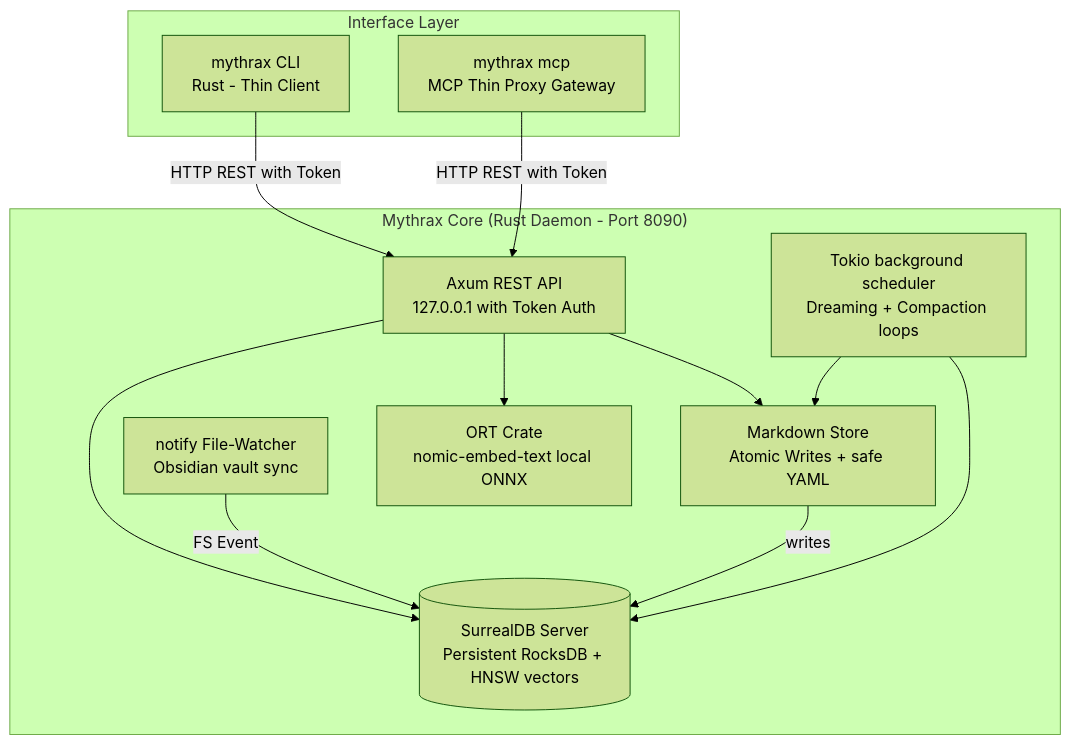
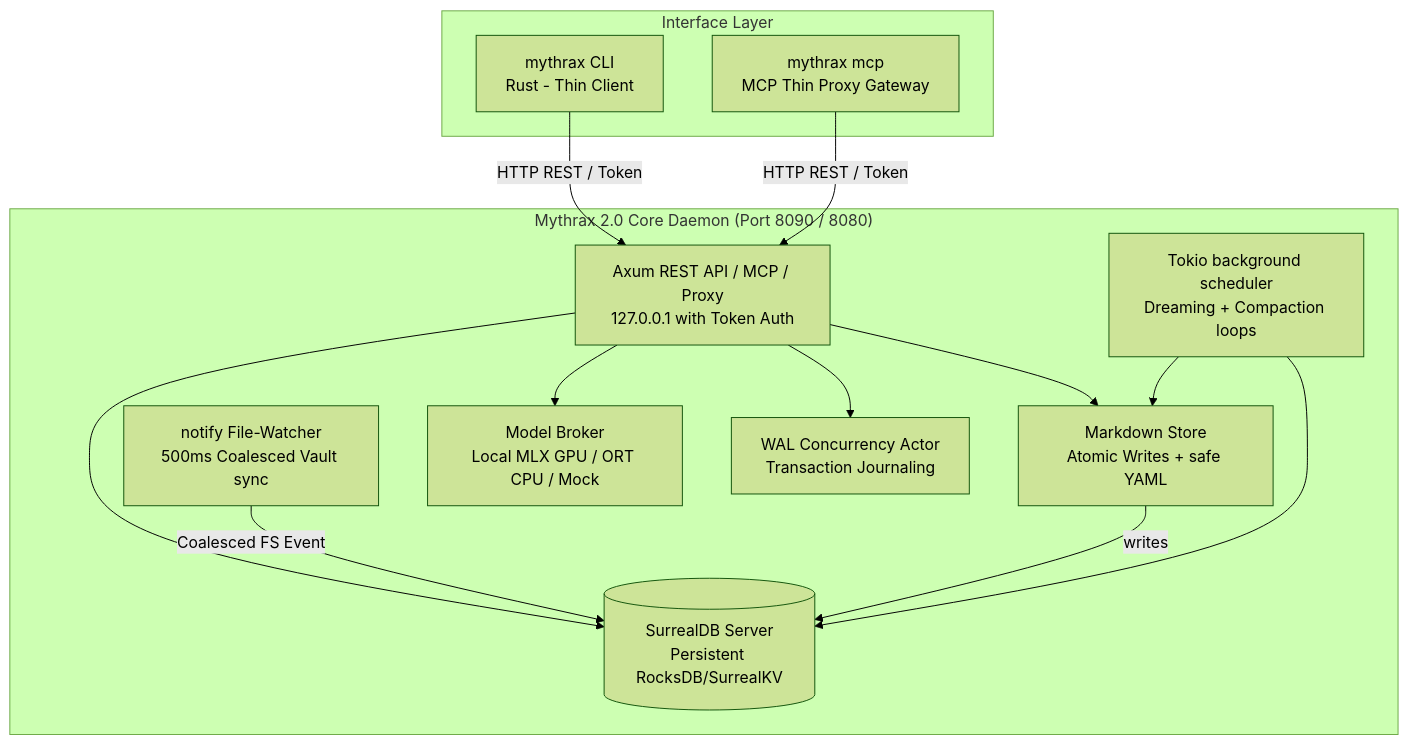
One commit to keith-mcclellan/mythrax changed the diagram in README.md. Above: the diagram before and after it, drawn with Mermaid (forest theme). The commit also changed other lines of this file and 2 other files, not shown here.

Commit message:
docs: Update README, ARCHITECTURE, and mythrax skill playbook for 2.0.0 release

````diff
--- a/README.md
+++ b/README.md
@@ -25,26 +26,28 @@
 ```mermaid
 graph TB
     subgraph "Interface Layer"
         CLI[mythrax CLI<br/>Rust - Thin Client]
         MCP[mythrax mcp<br/>MCP Thin Proxy Gateway]
     end
 
-    subgraph "Mythrax Core (Rust Daemon - Port 8090)"
-        REST[Axum REST API<br/>127.0.0.1 with Token Auth]
+    subgraph "Mythrax 2.0 Core Daemon (Port 8090 / 8080)"
+        REST[Axum REST API / MCP / Proxy<br/>127.0.0.1 with Token Auth]
         Store[Markdown Store<br/>Atomic Writes + safe YAML]
-        Watcher[notify File-Watcher<br/>Obsidian vault sync]
-        DB[(SurrealDB Server<br/>Persistent RocksDB + HNSW vectors)]
-        ONNX[ORT Crate<br/>nomic-embed-text local ONNX]
+        Watcher[notify File-Watcher<br/>500ms Coalesced Vault sync]
+        DB[(SurrealDB Server<br/>Persistent RocksDB/SurrealKV)]
+        Broker[Model Broker<br/>Local MLX GPU / ORT CPU / Mock]
+        WAL[WAL Concurrency Actor<br/>Transaction Journaling]
         SCHED[Tokio background scheduler<br/>Dreaming + Compaction loops]
     end
 
-    CLI -->|HTTP REST with Token| REST
-    MCP -->|HTTP REST with Token| REST
+    CLI -->|HTTP REST / Token| REST
+    MCP -->|HTTP REST / Token| REST
     REST --> Store
     REST --> DB
-    REST --> ONNX
-    Watcher -->|FS Event| DB
+    REST --> Broker
+    REST --> WAL
+    Watcher -->|Coalesced FS Event| DB
     Store -->|writes| DB
     SCHED --> DB
     SCHED --> Store
 ```
````
